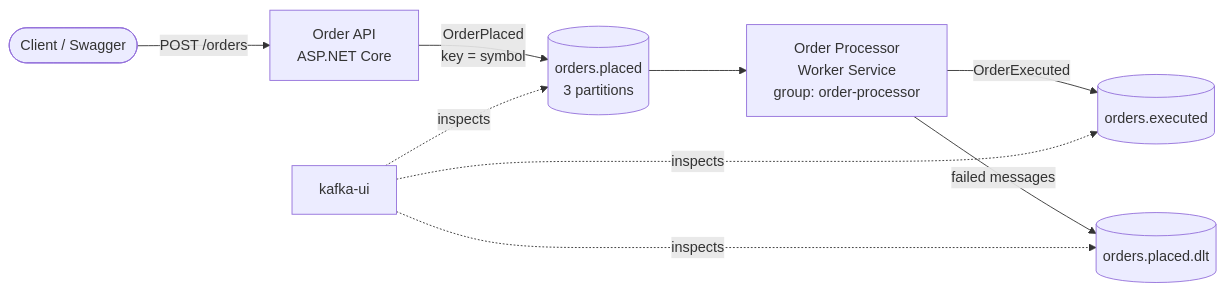
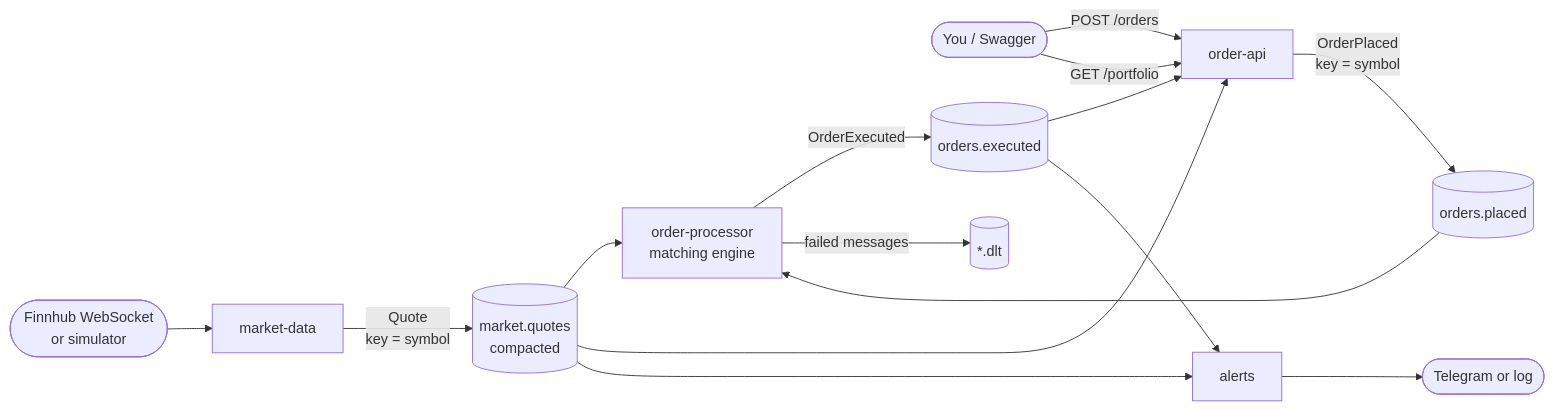
Before and after one commit to igiadas/trading-kafka-demo: the diagram in README.md, drawn with Mermaid. The commit also changed other lines of this file, not shown here.

First line of the commit message:
Rewrite README for Kotiz: purpose, architecture, setup and concepts

````diff
--- a/README.md
+++ b/README.md
@@ -17,11 +17,17 @@
 ```mermaid
 flowchart LR
-    client([Client / Swagger]) -- "POST /orders" --> api[Order API<br/>ASP.NET Core]
-    api -- "OrderPlaced<br/>key = symbol" --> placed[(orders.placed<br/>3 partitions)]
-    placed --> worker[Order Processor<br/>Worker Service<br/>group: order-processor]
-    worker -- "OrderExecuted" --> executed[(orders.executed)]
-    worker -- "failed messages" --> dlt[(orders.placed.dlt)]
-    ui[kafka-ui] -. inspects .-> placed
-    ui -. inspects .-> executed
-    ui -. inspects .-> dlt
+    finnhub([Finnhub WebSocket<br/>or simulator]) --> md[market-data]
+    client([You / Swagger]) -- "POST /orders" --> api[order-api]
+    md -- "Quote<br/>key = symbol" --> quotes[(market.quotes<br/>compacted)]
+    api -- "OrderPlaced<br/>key = symbol" --> placed[(orders.placed)]
+    placed --> proc[order-processor<br/>matching engine]
+    quotes --> proc
+    proc -- "OrderExecuted" --> executed[(orders.executed)]
+    proc -- "failed messages" --> dlt[(*.dlt)]
+    executed --> api
+    quotes --> api
+    executed --> alerts[alerts]
+    quotes --> alerts
+    alerts --> tg([Telegram or log])
+    client -- "GET /portfolio" --> api
 ```
````
